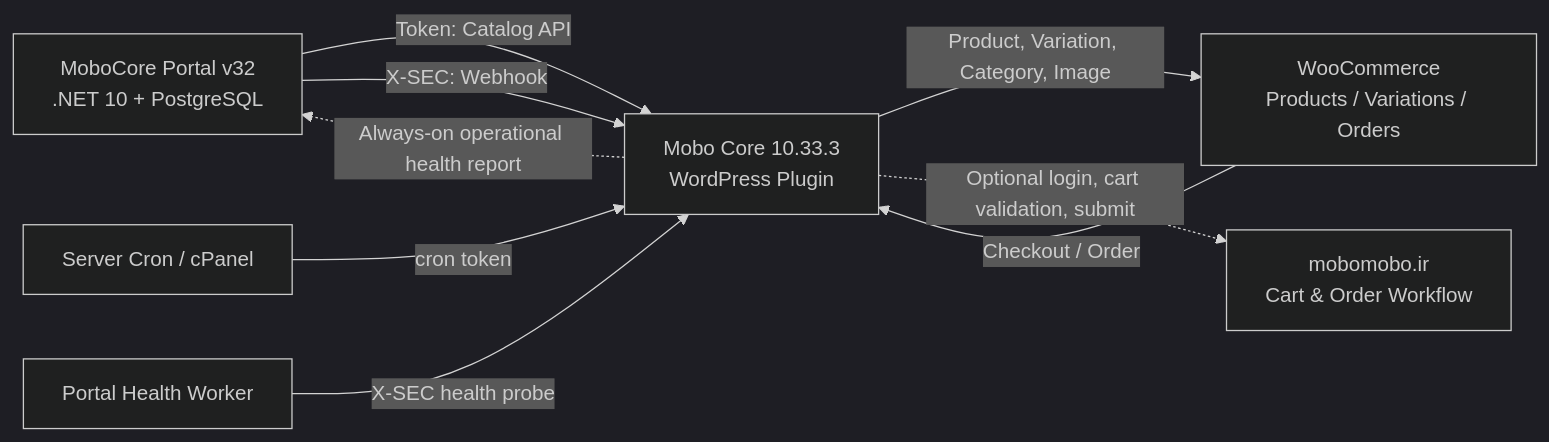
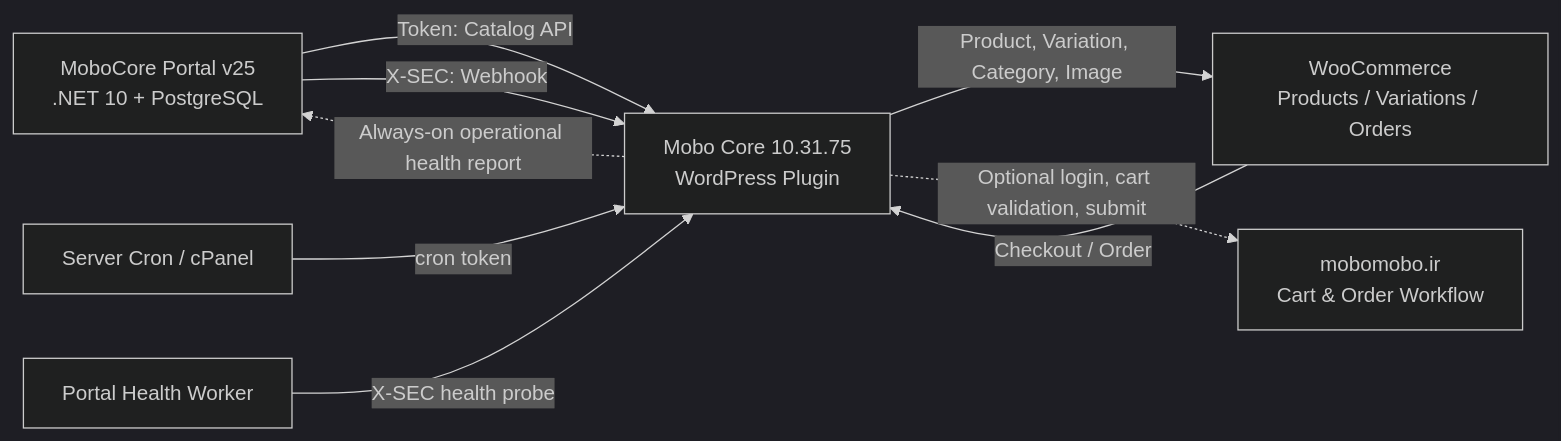
Before and after one commit to PedramDev/mobo-core: the first of 11 diagrams in wp-content/plugins/mobo-core/DIAGRAMS.MD, drawn with Mermaid (dark theme). The commit also changed other lines of this file and 44 other files, not shown here.

````diff
--- a/wp-content/plugins/mobo-core/DIAGRAMS.MD
+++ b/wp-content/plugins/mobo-core/DIAGRAMS.MD
@@ -21,18 +21,18 @@
 ```mermaid
 flowchart LR
-    P["MoboCore Portal v32<br/>.NET 10 + PostgreSQL"]
-    W["Mobo Core 10.33.3<br/>WordPress Plugin"]
+    P["MoboCore Portal v25<br/>.NET 10 + PostgreSQL"]
+    W["Mobo Core 10.31.75<br/>WordPress Plugin"]
     WC["WooCommerce<br/>Products / Variations / Orders"]
     M["mobomobo.ir<br/>Cart & Order Workflow"]
     C["Server Cron / cPanel"]
     H["Portal Health Worker"]
 
     P -- "Token: Catalog API" --> W
     P -- "X-SEC: Webhook" --> W
     W -- "Product, Variation, Category, Image" --> WC
     WC -- "Checkout / Order" --> W
     W -. "Optional login, cart validation, submit" .-> M
     C -- "cron token" --> W
     H -- "X-SEC health probe" --> W
     W -. "Always-on operational health report" .-> P
 ```
````
